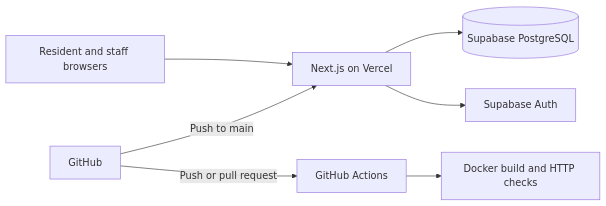
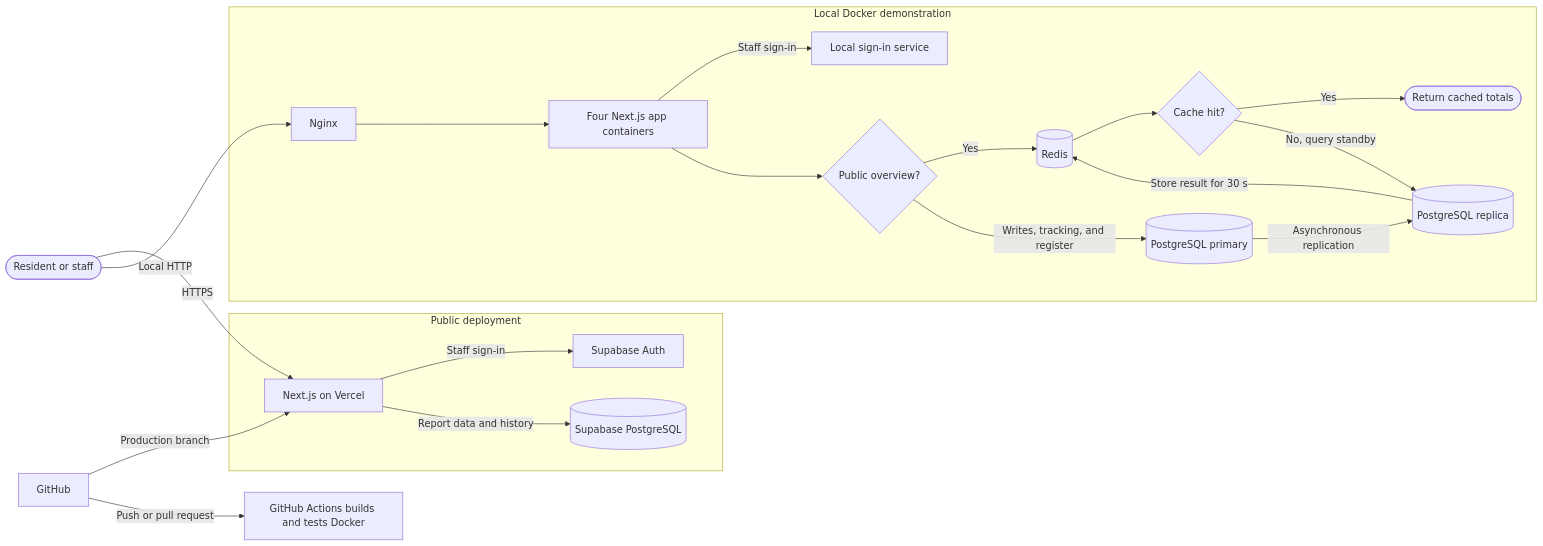
Before and after one commit to labishbardiya/aapno-gaon: the first of 2 diagrams in README.md, drawn with Mermaid. The commit also changed other lines of this file and 16 other files, not shown here.

````diff
--- a/README.md
+++ b/README.md
@@ -90,9 +194,36 @@
 ```mermaid
 flowchart LR
-    Browser[Resident and staff browsers] --> App[Next.js on Vercel]
-    App --> Database[(Supabase PostgreSQL)]
-    App --> Auth[Supabase Auth]
-    GitHub[GitHub] -->|Push to main| App
-    GitHub -->|Push or pull request| CI[GitHub Actions]
-    CI --> Docker[Docker build and HTTP checks]
+    PERSON([Resident or staff])
+    GH[GitHub]
+    subgraph LIVE[Public deployment]
+        WEB[Next.js on Vercel]
+        AUTH[Supabase Auth]
+        PROD[(Supabase PostgreSQL)]
+        WEB -->|Staff sign-in| AUTH
+        WEB -->|Report data and history| PROD
+    end
+    subgraph LOCAL[Local Docker demonstration]
+        LB[Nginx]
+        APPS[Four Next.js app containers]
+        KIND{Public overview?}
+        CACHE[(Redis)]
+        MISS{Cache hit?}
+        REPLICA[(PostgreSQL replica)]
+        PRIMARY[(PostgreSQL primary)]
+        DEMOAUTH[Local sign-in service]
+        LB --> APPS
+        APPS -->|Staff sign-in| DEMOAUTH
+        APPS --> KIND
+        KIND -->|Yes| CACHE
+        CACHE --> MISS
+        MISS -->|Yes| TOTALS([Return cached totals])
+        MISS -->|No, query standby| REPLICA
+        REPLICA -->|Store result for 30 s| CACHE
+        KIND -->|Writes, tracking, and register| PRIMARY
+        PRIMARY -->|Asynchronous replication| REPLICA
+    end
+    PERSON -->|HTTPS| WEB
+    PERSON -->|Local HTTP| LB
+    GH -->|Production branch| WEB
+    GH -->|Push or pull request| CI[GitHub Actions builds and tests Docker]
 ```
````
